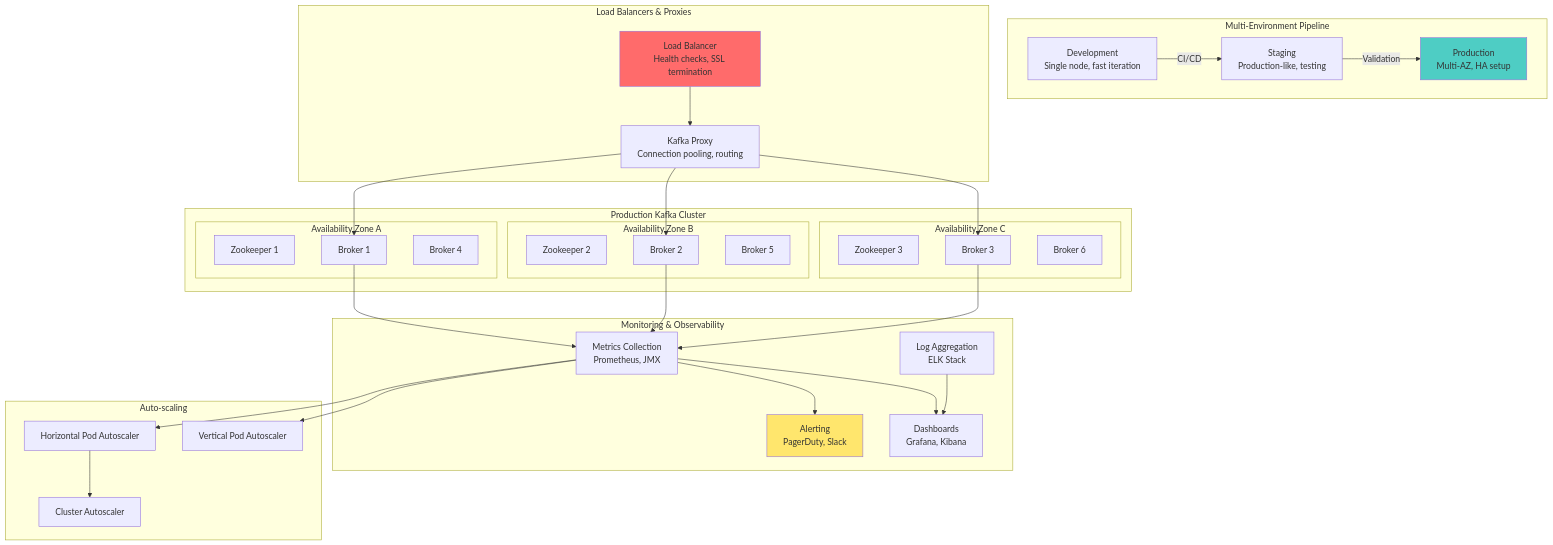
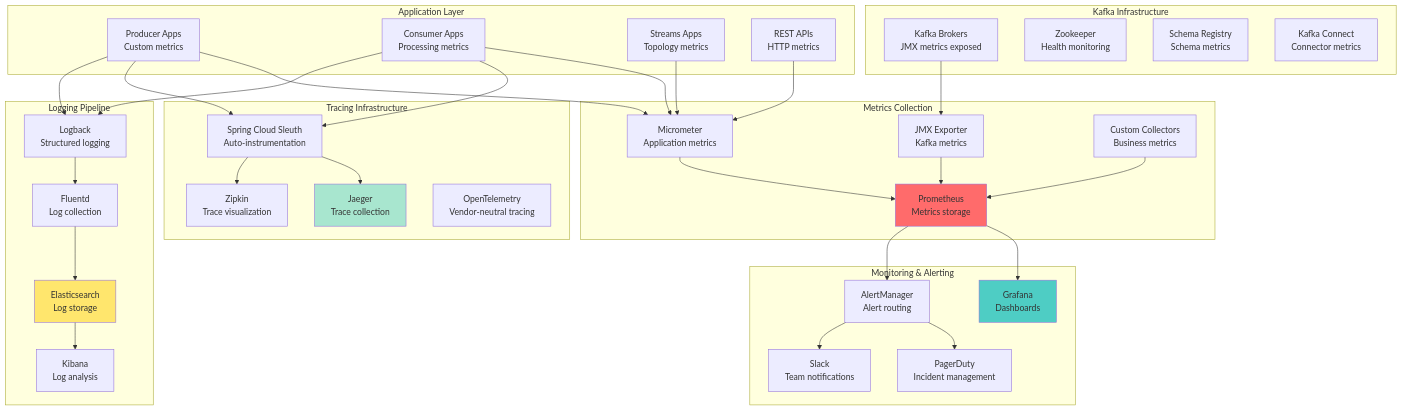
Before and after one commit to vorrawut/KafkaStarter: the first of 2 diagrams in class/workshop/lesson_20/README.md, drawn with Mermaid. The commit also changed other lines of this file and 204 other files, not shown here.

````diff
--- a/class/workshop/lesson_20/README.md
+++ b/class/workshop/lesson_20/README.md
@@ -24,70 +24,76 @@
 ```mermaid
 graph TB
-    subgraph "Multi-Environment Pipeline"
-        DEV[Development<br/>Single node, fast iteration]
-        STAGE[Staging<br/>Production-like, testing]
-        PROD[Production<br/>Multi-AZ, HA setup]
-        
-        DEV -->|CI/CD| STAGE
-        STAGE -->|Validation| PROD
+    subgraph "Kafka Infrastructure"
+        KAFKA[Kafka Brokers<br/>JMX metrics exposed]
+        ZK[Zookeeper<br/>Health monitoring]
+        SR[Schema Registry<br/>Schema metrics]
+        CONNECT[Kafka Connect<br/>Connector metrics]
     end
     
-    subgraph "Production Kafka Cluster"
-        subgraph "Availability Zone A"
-            ZK1[Zookeeper 1]
-            B1[Broker 1]
-            B4[Broker 4]
-        end
-        
-        subgraph "Availability Zone B"
-            ZK2[Zookeeper 2]
-            B2[Broker 2]
-            B5[Broker 5]
-        end
-        
-        subgraph "Availability Zone C"
-            ZK3[Zookeeper 3]
-            B3[Broker 3]
-            B6[Broker 6]
-        end
+    subgraph "Application Layer"
+        PRODUCER[Producer Apps<br/>Custom metrics]
+        CONSUMER[Consumer Apps<br/>Processing metrics]
+        STREAMS[Streams Apps<br/>Topology metrics]
+        REST[REST APIs<br/>HTTP metrics]
     end
     
-    subgraph "Load Balancers & Proxies"
-        LB[Load Balancer<br/>Health checks, SSL termination]
-        PROXY[Kafka Proxy<br/>Connection pooling, routing]
+    subgraph "Metrics Collection"
+        JMX[JMX Exporter<br/>Kafka metrics]
+        MICROMETER[Micrometer<br/>Application metrics]
+        PROMETHEUS[Prometheus<br/>Metrics storage]
+        CUSTOM[Custom Collectors<br/>Business metrics]
     end
     
-    subgraph "Monitoring & Observability"
-        METRICS[Metrics Collection<br/>Prometheus, JMX]
-        LOGS[Log Aggregation<br/>ELK Stack]
-        ALERTS[Alerting<br/>PagerDuty, Slack]
-        DASH[Dashboards<br/>Grafana, Kibana]
+    subgraph "Tracing Infrastructure"
+        JAEGER[Jaeger<br/>Trace collection]
+        ZIPKIN[Zipkin<br/>Trace visualization]
+        SLEUTH[Spring Cloud Sleuth<br/>Auto-instrumentation]
+        OTEL[OpenTelemetry<br/>Vendor-neutral tracing]
     end
     
-    subgraph "Auto-scaling"
-        HPA[Horizontal Pod Autoscaler]
-        VPA[Vertical Pod Autoscaler]
-        CLUSTER[Cluster Autoscaler]
+    subgraph "Logging Pipeline"
+        LOGBACK[Logback<br/>Structured logging]
+        FLUENTD[Fluentd<br/>Log collection]
+        ELASTICSEARCH[Elasticsearch<br/>Log storage]
+        KIBANA[Kibana<br/>Log analysis]
     end
     
-    LB --> PROXY
-    PROXY --> B1
-    PROXY --> B2
-    PROXY --> B3
+    subgraph "Monitoring & Alerting"
+        GRAFANA[Grafana<br/>Dashboards]
+        ALERT_MANAGER[AlertManager<br/>Alert routing]
+        PAGERDUTY[PagerDuty<br/>Incident management]
+        SLACK[Slack<br/>Team notifications]
+    end
     
-    B1 --> METRICS
-    B2 --> METRICS
-    B3 --> METRICS
+    KAFKA --> JMX
+    PRODUCER --> MICROMETER
+    CONSUMER --> MICROMETER
+    STREAMS --> MICROMETER
+    REST --> MICROMETER
     
-    METRICS --> ALERTS
-    METRICS --> DASH
-    LOGS --> DASH
+    JMX --> PROMETHEUS
+    MICROMETER --> PROMETHEUS
+    CUSTOM --> PROMETHEUS
     
-    METRICS --> HPA
-    METRICS --> VPA
-    HPA --> CLUSTER
+    PRODUCER --> SLEUTH
+    CONSUMER --> SLEUTH
+    SLEUTH --> JAEGER
+    SLEUTH --> ZIPKIN
     
-    style PROD fill:#4ecdc4
-    style LB fill:#ff6b6b
-    style ALERTS fill:#ffe66d
+    PRODUCER --> LOGBACK
+    CONSUMER --> LOGBACK
+    LOGBACK --> FLUENTD
+    FLUENTD --> ELASTICSEARCH
+    
+    PROMETHEUS --> GRAFANA
+    PROMETHEUS --> ALERT_MANAGER
+    ELASTICSEARCH --> KIBANA
+    
+    ALERT_MANAGER --> PAGERDUTY
+    ALERT_MANAGER --> SLACK
+    
+    style PROMETHEUS fill:#ff6b6b
+    style GRAFANA fill:#4ecdc4
+    style JAEGER fill:#a8e6cf
+    style ELASTICSEARCH fill:#ffe66d
 ```
````
